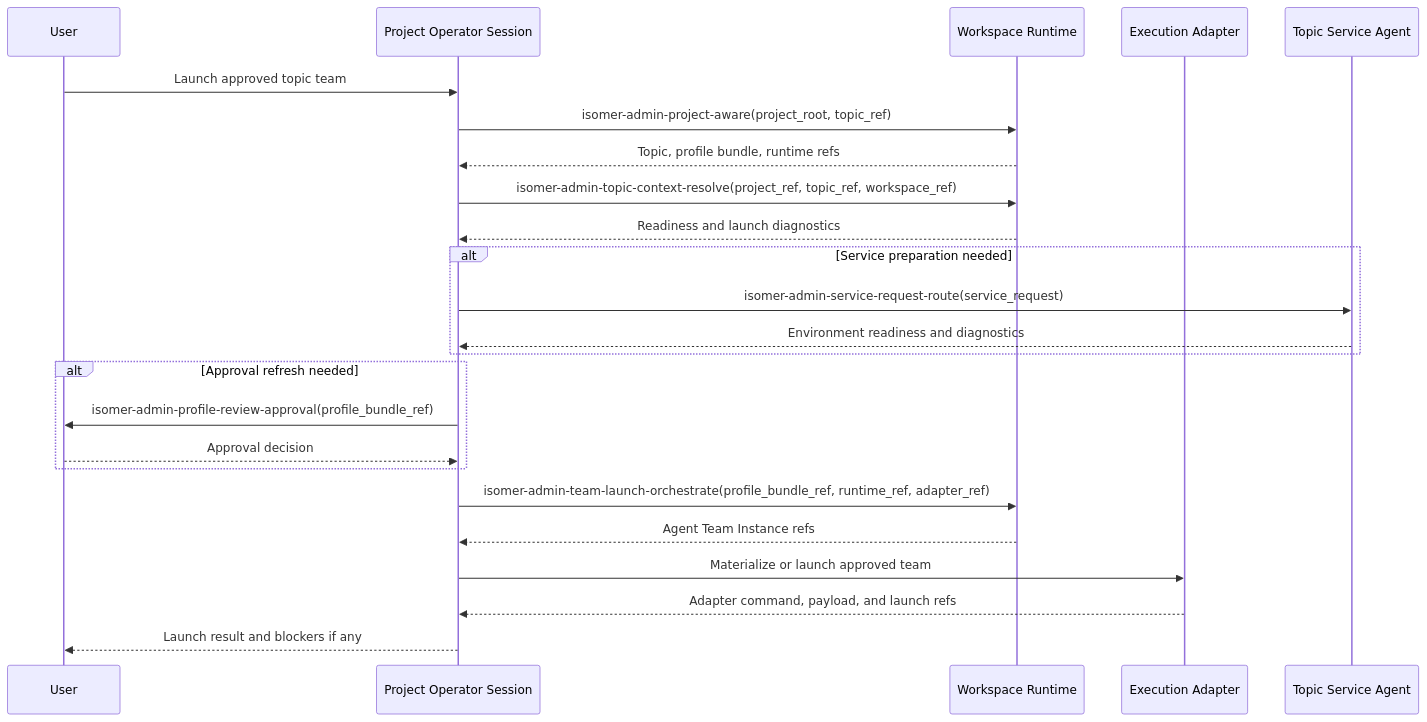
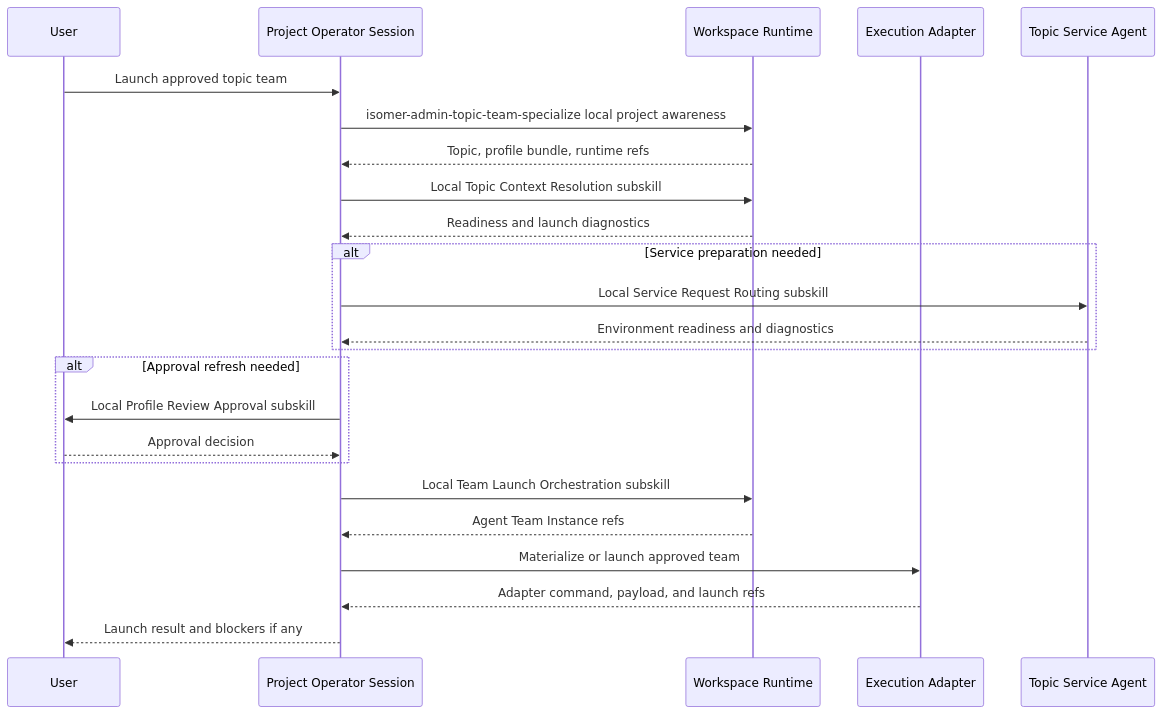
Before and after one commit to CodeGandee/isomer-labs: the second of 2 diagrams in skillset/operator/README.md, drawn with Mermaid. The commit also changed other lines of this file and 28 other files, not shown here.

Commit message:
refactor: consolidate topic team specialization skill

````diff
--- a/skillset/operator/README.md
+++ b/skillset/operator/README.md
@@ -63,27 +51,27 @@
 ```mermaid
 sequenceDiagram
     participant User
     participant Operator as Project Operator Session
     participant Runtime as Workspace Runtime
     participant Adapter as Execution Adapter
     participant Service as Topic Service Agent
 
     User->>Operator: Launch approved topic team
-    Operator->>Runtime: isomer-admin-project-aware(project_root, topic_ref)
+    Operator->>Runtime: isomer-admin-topic-team-specialize local project awareness
     Runtime-->>Operator: Topic, profile bundle, runtime refs
-    Operator->>Runtime: isomer-admin-topic-context-resolve(project_ref, topic_ref, workspace_ref)
+    Operator->>Runtime: Local Topic Context Resolution subskill
     Runtime-->>Operator: Readiness and launch diagnostics
     alt Service preparation needed
-        Operator->>Service: isomer-admin-service-request-route(service_request)
+        Operator->>Service: Local Service Request Routing subskill
         Service-->>Operator: Environment readiness and diagnostics
     end
     alt Approval refresh needed
-        Operator->>User: isomer-admin-profile-review-approval(profile_bundle_ref)
+        Operator->>User: Local Profile Review Approval subskill
         User-->>Operator: Approval decision
     end
-    Operator->>Runtime: isomer-admin-team-launch-orchestrate(profile_bundle_ref, runtime_ref, adapter_ref)
+    Operator->>Runtime: Local Team Launch Orchestration subskill
     Runtime-->>Operator: Agent Team Instance refs
     Operator->>Adapter: Materialize or launch approved team
     Adapter-->>Operator: Adapter command, payload, and launch refs
     Operator-->>User: Launch result and blockers if any
 ```
````
